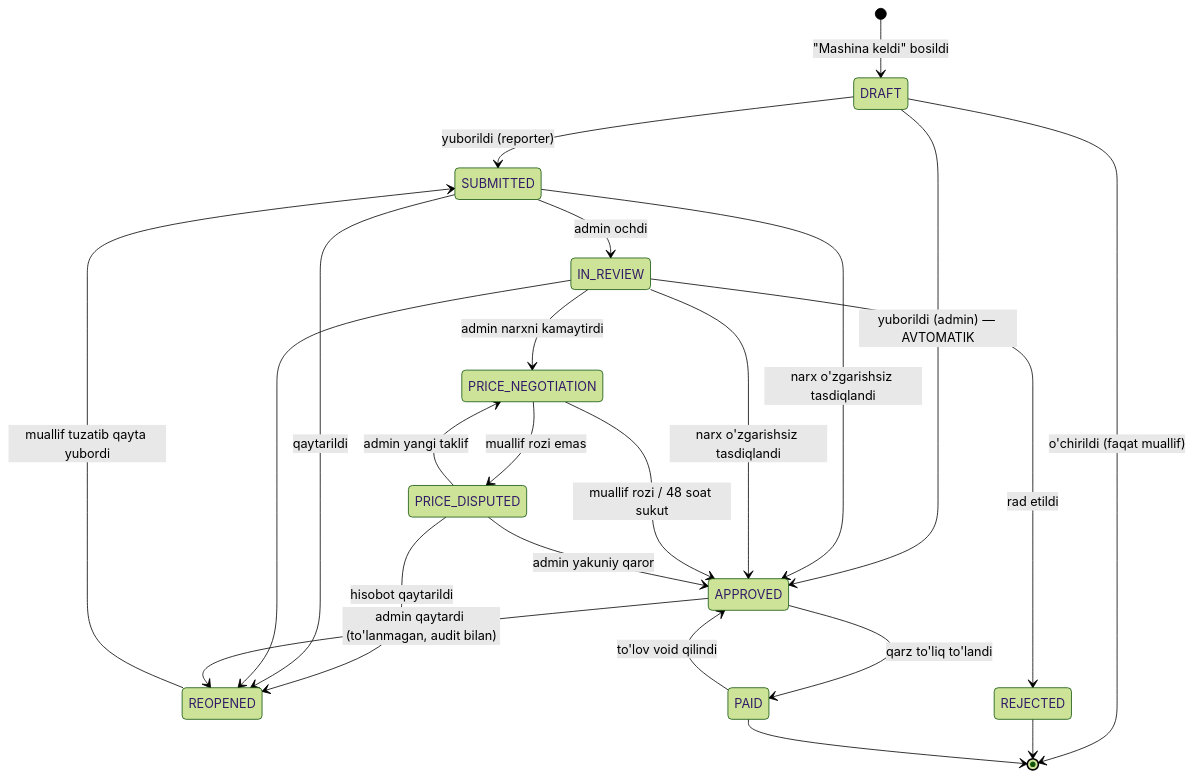
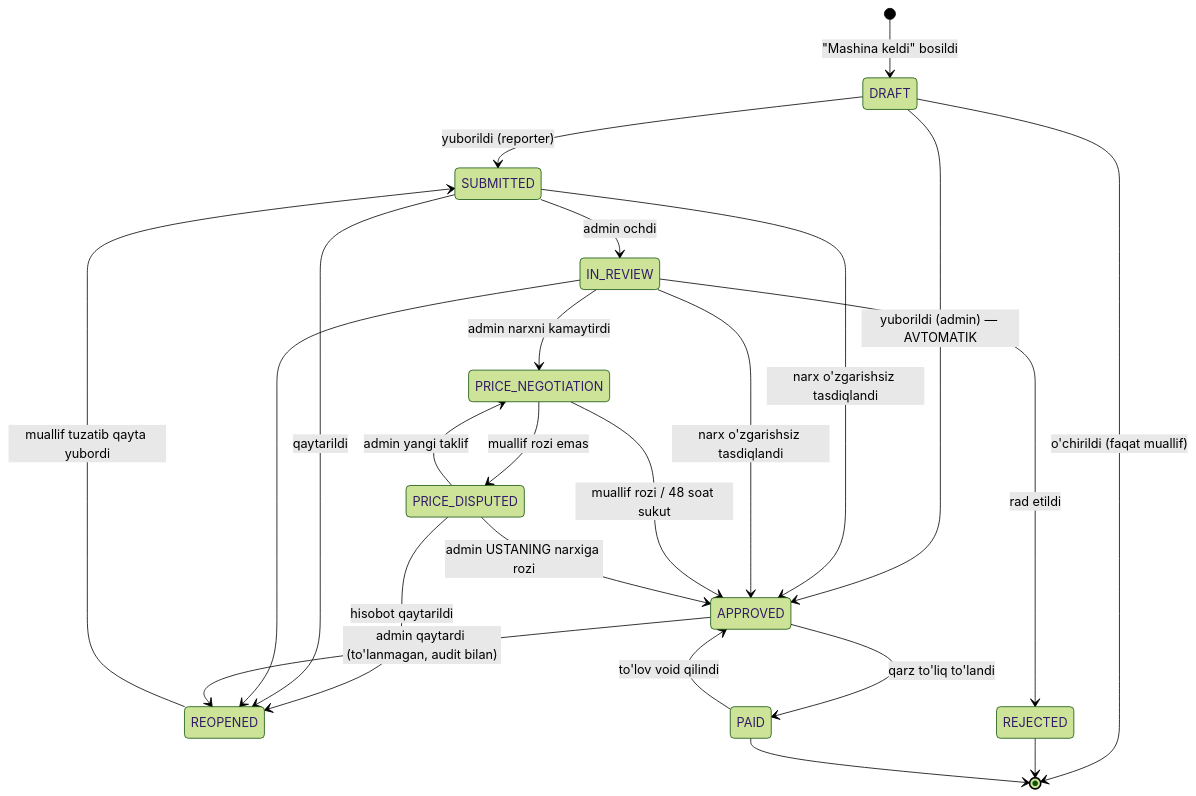
Before and after one commit to mcodevs/novacore_platform: the first of 5 diagrams in docs/02-architecture/05-state-machines.md, drawn with Mermaid (forest theme). The commit also changed other lines of this file and 36 other files, not shown here.

First line of the commit message:
Usta oqimi UX: mustaqil qadamlar, bitta yuborish, nizoda yakuniy qaror yo'q

````diff
--- a/docs/02-architecture/05-state-machines.md
+++ b/docs/02-architecture/05-state-machines.md
@@ -11,25 +11,25 @@
 ```mermaid
 stateDiagram-v2
     [*] --> DRAFT: "Mashina keldi" bosildi
     DRAFT --> SUBMITTED: yuborildi (reporter)
     DRAFT --> APPROVED: yuborildi (admin) — AVTOMATIK
     DRAFT --> [*]: o'chirildi (faqat muallif)
     SUBMITTED --> IN_REVIEW: admin ochdi
     SUBMITTED --> APPROVED: narx o'zgarishsiz tasdiqlandi
     IN_REVIEW --> APPROVED: narx o'zgarishsiz tasdiqlandi
     IN_REVIEW --> PRICE_NEGOTIATION: admin narxni kamaytirdi
     PRICE_NEGOTIATION --> APPROVED: muallif rozi / 48 soat sukut
     PRICE_NEGOTIATION --> PRICE_DISPUTED: muallif rozi emas
     PRICE_DISPUTED --> PRICE_NEGOTIATION: admin yangi taklif
-    PRICE_DISPUTED --> APPROVED: admin yakuniy qaror
+    PRICE_DISPUTED --> APPROVED: admin USTANING narxiga rozi
     PRICE_DISPUTED --> REOPENED: hisobot qaytarildi
     SUBMITTED --> REOPENED: qaytarildi
     IN_REVIEW --> REOPENED
     IN_REVIEW --> REJECTED: rad etildi
     REOPENED --> SUBMITTED: muallif tuzatib qayta yubordi
     APPROVED --> PAID: qarz to'liq to'landi
     PAID --> APPROVED: to'lov void qilindi
     APPROVED --> REOPENED: admin qaytardi (to'lanmagan, audit bilan)
     REJECTED --> [*]
     PAID --> [*]
 ```
````
